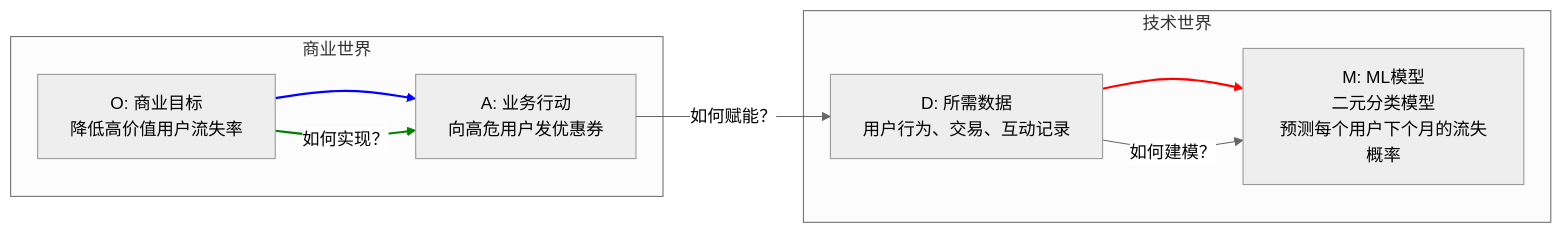
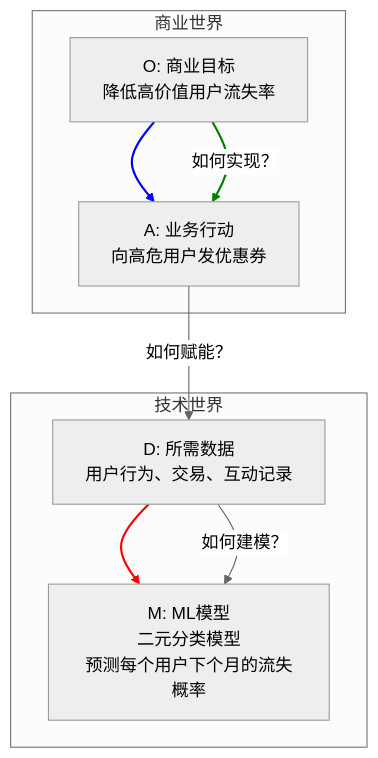
Before and after one commit to h-lu/ml_vibecoding: the diagram in book/ch02/2_2_definition_framework.qmd, drawn with Mermaid (neutral theme). The commit also changed other lines of this file and 39 other files, not shown here.

````diff
--- a/book/ch02/2_2_definition_framework.qmd
+++ b/book/ch02/2_2_definition_framework.qmd
@@ -76,18 +77,18 @@
 ```{mermaid}
-graph LR
+graph TD
     subgraph 商业世界
         A["O: 商业目标<br/>降低高价值用户流失率"] --> B["A: 业务行动<br/>向高危用户发优惠券"]
     end
     
     subgraph 技术世界
         C["D: 所需数据<br/>用户行为、交易、互动记录"] --> D["M: ML模型<br/>二元分类模型<br/>预测每个用户下个月的流失概率"]
     end
 
     A -- "如何实现？" --> B
     B -- "如何赋能？" --> C
     C -- "如何建模？" --> D
 
     linkStyle 0 stroke-width:2px,fill:none,stroke:blue
     linkStyle 1 stroke-width:2px,fill:none,stroke:red
     linkStyle 2 stroke-width:2px,fill:none,stroke:green
 ```
````
